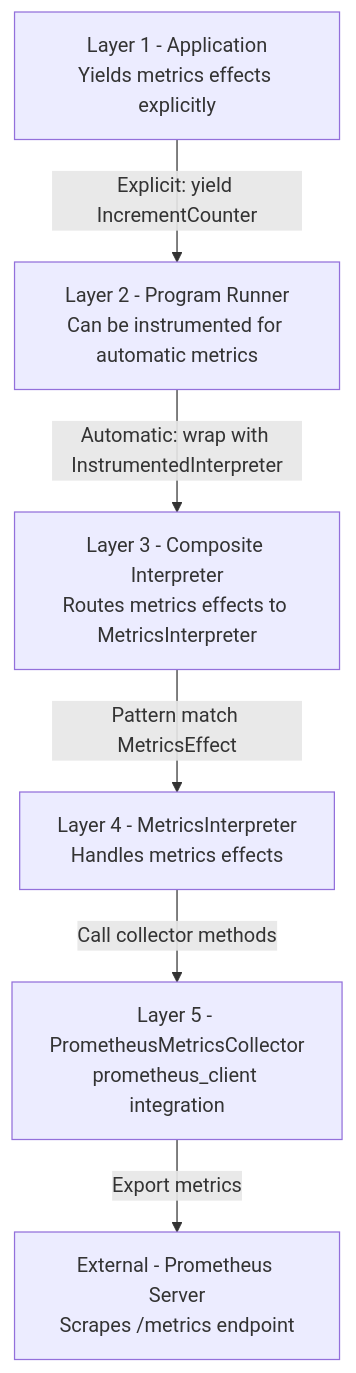
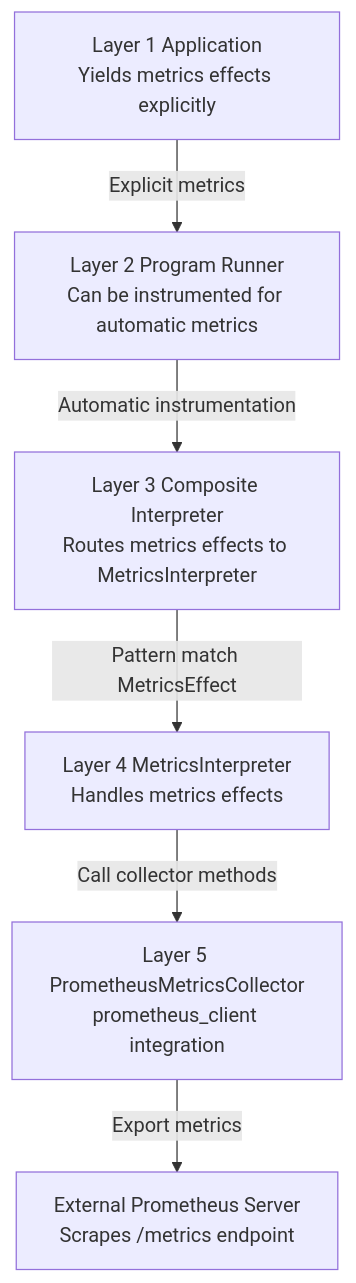
The second of 2 diagrams in documents/engineering/observability.md (Tuee22/effectful), drawn with Mermaid before and after one commit. The commit also changed other lines of this file and 193 other files, not shown here.

````diff
--- a/documents/engineering/observability.md
+++ b/documents/engineering/observability.md
@@ -436,15 +449,15 @@
 ```mermaid
 flowchart TB
-    App[Layer 1 - Application<br/>Yields metrics effects explicitly]
-    Runner[Layer 2 - Program Runner<br/>Can be instrumented for automatic metrics]
-    Composite[Layer 3 - Composite Interpreter<br/>Routes metrics effects to MetricsInterpreter]
-    MetricsInterp[Layer 4 - MetricsInterpreter<br/>Handles metrics effects]
-    PrometheusCollector[Layer 5 - PrometheusMetricsCollector<br/>prometheus_client integration]
-    Prometheus[External - Prometheus Server<br/>Scrapes /metrics endpoint]
+    App[Layer 1 Application<br/>Yields metrics effects explicitly]
+    Runner[Layer 2 Program Runner<br/>Can be instrumented for automatic metrics]
+    Composite[Layer 3 Composite Interpreter<br/>Routes metrics effects to MetricsInterpreter]
+    MetricsInterp[Layer 4 MetricsInterpreter<br/>Handles metrics effects]
+    PrometheusCollector[Layer 5 PrometheusMetricsCollector<br/>prometheus_client integration]
+    Prometheus[External Prometheus Server<br/>Scrapes /metrics endpoint]
 
-    App -->|Explicit: yield IncrementCounter| Runner
-    Runner -->|Automatic: wrap with InstrumentedInterpreter| Composite
+    App -->|Explicit metrics| Runner
+    Runner -->|Automatic instrumentation| Composite
     Composite -->|Pattern match MetricsEffect| MetricsInterp
     MetricsInterp -->|Call collector methods| PrometheusCollector
     PrometheusCollector -->|Export metrics| Prometheus
 ```
````
